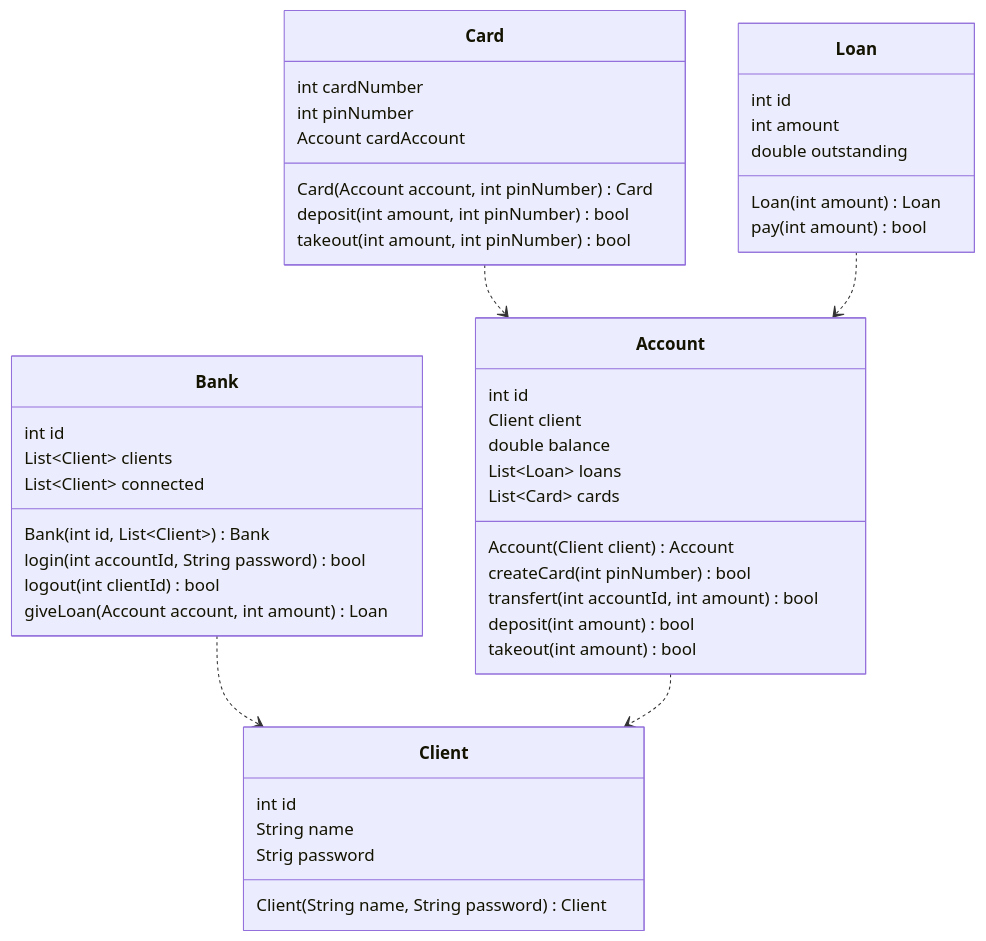
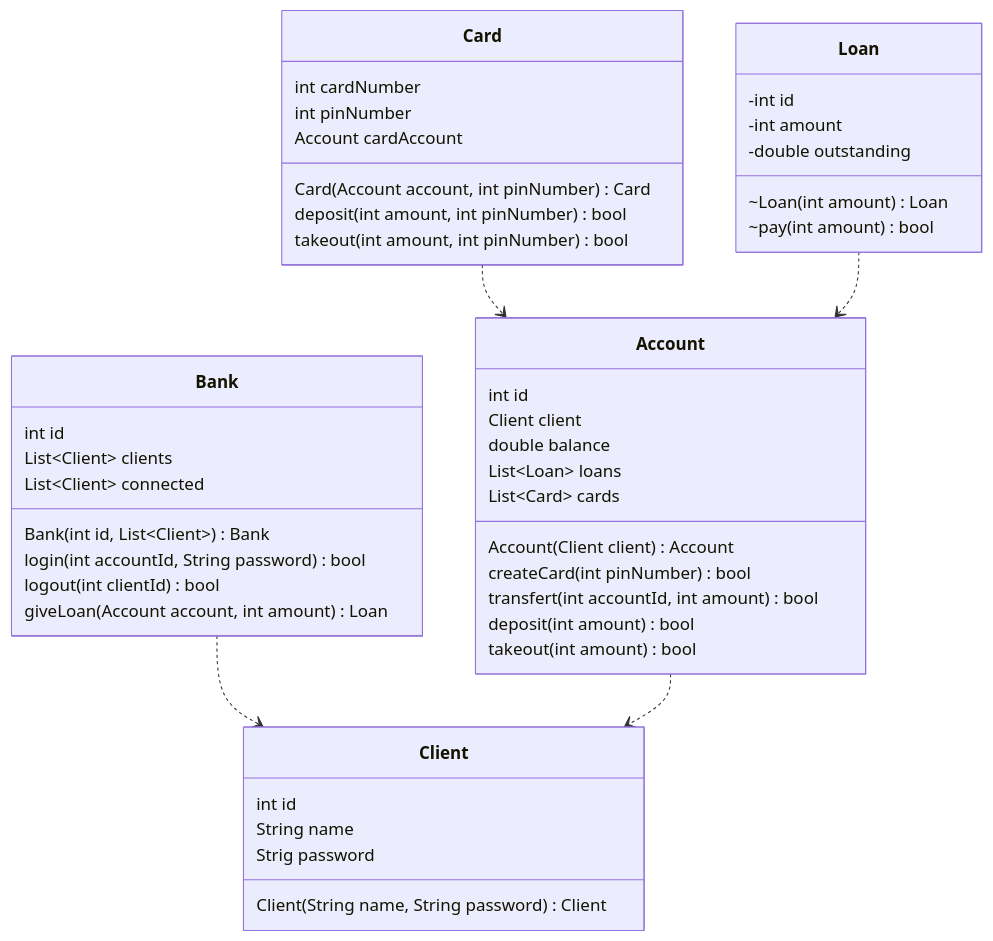
One commit to L-Clem/GitHooks changed the diagram in README.md. Above: the diagram before and after it, drawn with Mermaid.

Commit message:
Update diagram Loan class

````diff
--- a/README.md
+++ b/README.md
@@ -29,59 +29,59 @@
 ```mermaid
 classDiagram
     Bank ..> Client
     Account ..> Client
     Card ..> Account
     Loan ..> Account
 
     class Client{
         int id
         String name
         Strig password
 
         Client(String name, String password) Client
     }
 
     class Bank{
         int id
         List~Client~ clients
         List~Client~ connected
 
         Bank(int id, List~Client~) Bank
         login(int accountId, String password) bool
         logout(int clientId) bool
         giveLoan(Account account, int amount) Loan
     }
 
     class Account{
         int id
         Client client
         double balance
         List~Loan~ loans
         List~Card~ cards
 
         Account(Client client) Account
         createCard(int pinNumber) bool
         transfert(int accountId, int amount) bool
         deposit(int amount) bool
         takeout(int amount) bool
     }
 
     class Card{
         int cardNumber
         int pinNumber
         Account cardAccount
 
         Card(Account account, int pinNumber) Card
         deposit(int amount, int pinNumber) bool
         takeout(int amount, int pinNumber) bool
     }
 
     class Loan{
-        int id
-        int amount
-        double outstanding
+        -int id
+        -int amount
+        -double outstanding
 
-        Loan(int amount) Loan
-        pay(int amount) bool
+        ~Loan(int amount) Loan
+        ~pay(int amount) bool
     }
 ```
````
